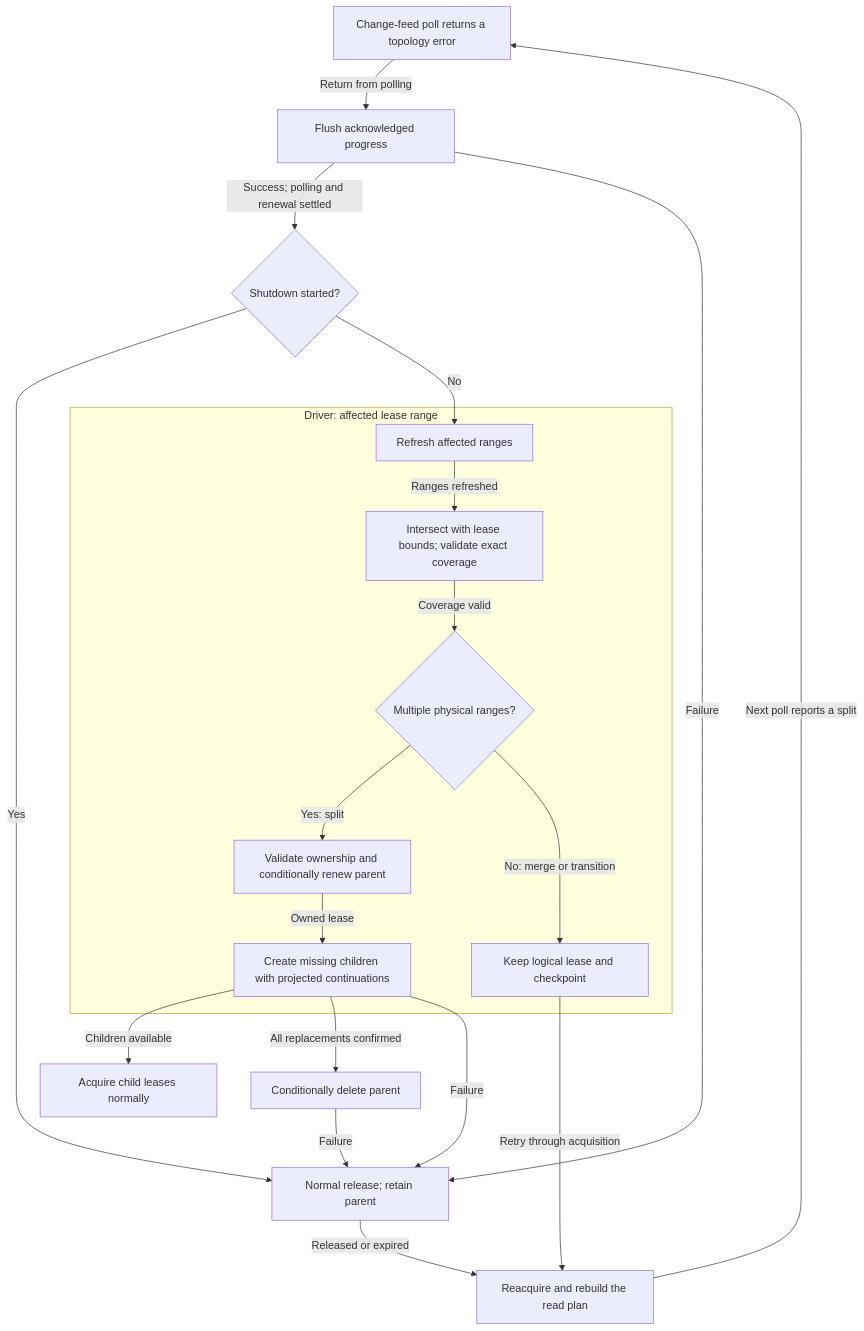
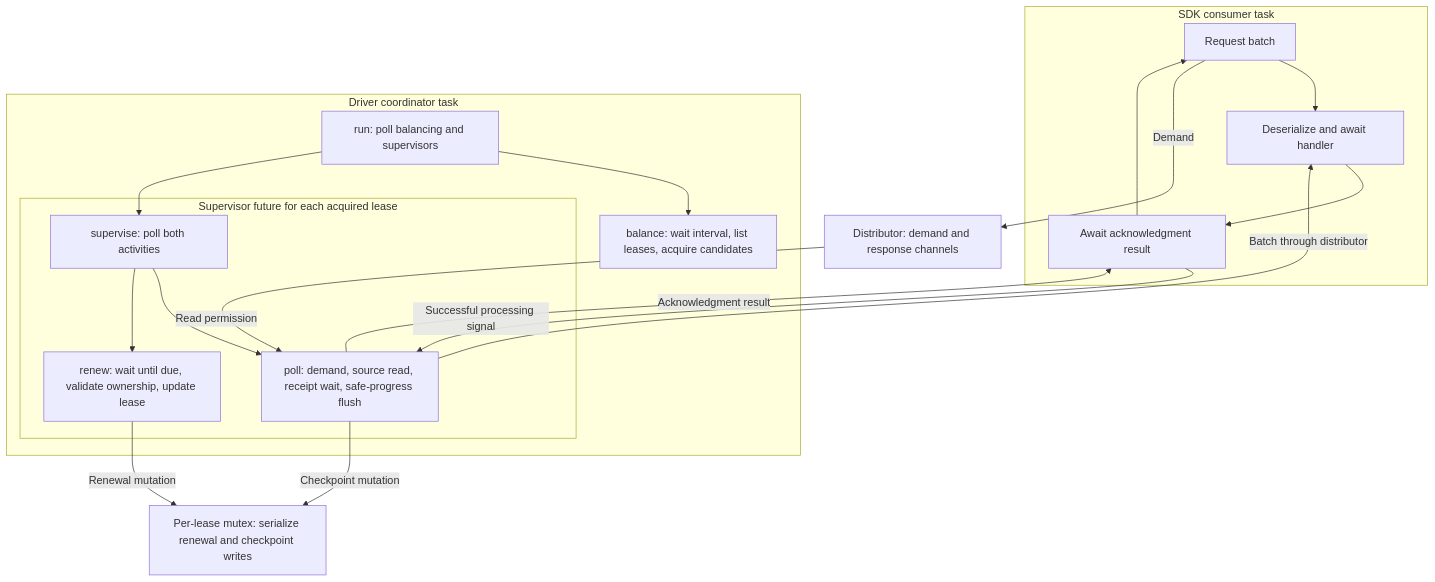
One commit to Azure/azure-sdk-for-rust changed the fifth of 5 diagrams in sdk/cosmos/docs/specs/0030-change-feed-processor.md. Above: the diagram before and after it, drawn with Mermaid. The commit also changed other lines of this file and 48 other files, not shown here.

````diff
--- a/sdk/cosmos/docs/specs/0030-change-feed-processor.md
+++ b/sdk/cosmos/docs/specs/0030-change-feed-processor.md
@@ -2642,22 +1279,31 @@
 ```mermaid
-flowchart TD
-    Changed["Change-feed poll returns a topology error"] -->|Return from polling| Flush["Flush acknowledged progress"]
-    Flush -->|Success; polling and renewal settled| Stopping{"Shutdown started?"}
-    Stopping -->|Yes| Release["Normal release; retain parent"]
-    Stopping -->|No| Refresh
-    subgraph Recovery["Driver: affected lease range"]
-        Refresh["Refresh affected ranges"] -->|Ranges refreshed| Coverage["Intersect with lease bounds; validate exact coverage"]
-        Coverage -->|Coverage valid| Split{"Multiple physical ranges?"}
-        Split -->|Yes: split| Fence["Validate ownership and conditionally renew parent"]
-        Fence -->|Owned lease| Children["Create missing children with projected continuations"]
-        Split -->|No: merge or transition| Keep["Keep logical lease and checkpoint"]
+flowchart TB
+    subgraph SDKTask["SDK consumer task"]
+        Consumer["Request batch"]
+        Handler["Deserialize and await handler"]
+        Ack["Await acknowledgment result"]
+        Consumer --> Handler --> Ack --> Consumer
     end
-    Children -->|Children available| Acquire["Acquire child leases normally"]
-    Children -->|All replacements confirmed| Delete["Conditionally delete parent"]
-    Keep -->|Retry through acquisition| Retry["Reacquire and rebuild the read plan"]
-    Flush -->|Failure| Release
-    Children -->|Failure| Release
-    Delete -->|Failure| Release
-    Release -->|Released or expired| Retry
-    Retry -->|Next poll reports a split| Changed
+    subgraph DriverTask["Driver coordinator task"]
+        Coordinator["run: poll balancing and supervisors"]
+        Balance["balance: wait interval, list leases, acquire candidates"]
+        subgraph Lease["Supervisor future for each acquired lease"]
+            Supervisor["supervise: poll both activities"]
+            Feed["poll: demand, source read, receipt wait, safe-progress flush"]
+            Renew["renew: wait until due, validate ownership, update lease"]
+            Supervisor --> Feed
+            Supervisor --> Renew
+        end
+        Coordinator --> Balance
+        Coordinator --> Supervisor
+    end
+    Delivery["Distributor: demand and response channels"]
+    State["Per-lease mutex: serialize renewal and checkpoint writes"]
+    Consumer -->|Demand| Delivery
+    Delivery -->|Read permission| Feed
+    Feed -->|Batch through distributor| Handler
+    Ack -->|Successful processing signal| Feed
+    Feed -->|Checkpoint mutation| State
+    Renew -->|Renewal mutation| State
+    Feed -->|Acknowledgment result| Ack
 ```
````
